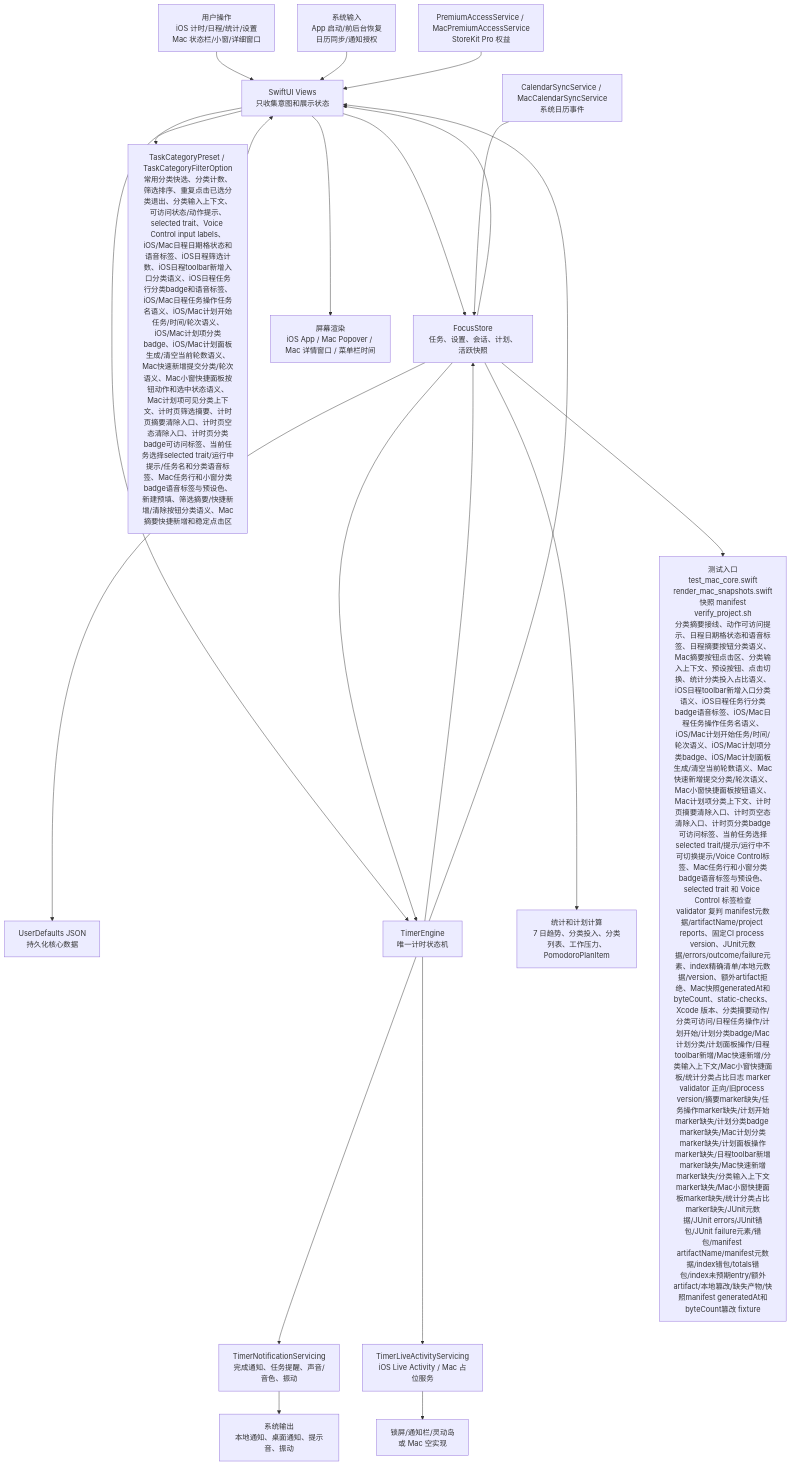
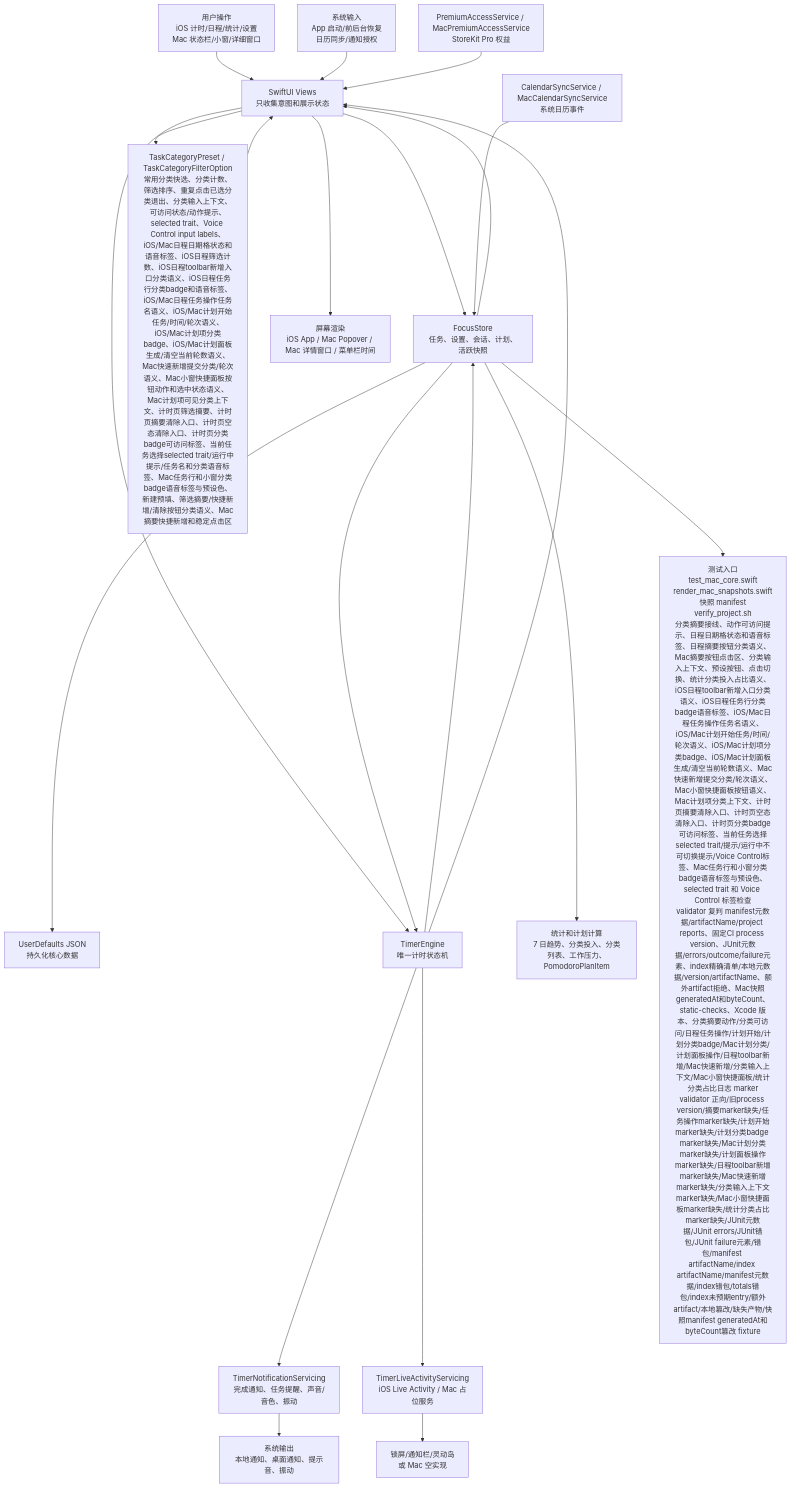
Before and after one commit to Altman-sam114/114: the first of 6 diagrams in md/flow/flowchart.md, drawn with Mermaid. The commit also changed other lines of this file and 8 other files, not shown here.

Commit message:
v0.74: 复判 artifact index 名称锚点

````diff
--- a/md/flow/flowchart.md
+++ b/md/flow/flowchart.md
@@ -9,23 +9,23 @@
 ```mermaid
 flowchart TD
   U["用户操作<br/>iOS 计时/日程/统计/设置<br/>Mac 状态栏/小窗/详细窗口"] --> V["SwiftUI Views<br/>只收集意图和展示状态"]
   SYS["系统输入<br/>App 启动/前后台恢复<br/>日历同步/通知授权"] --> V
   V --> S["FocusStore<br/>任务、设置、会话、计划、活跃快照"]
   V --> CAT["TaskCategoryPreset / TaskCategoryFilterOption<br/>常用分类快选、分类计数、筛选排序、重复点击已选分类退出、分类输入上下文、可访问状态/动作提示、selected trait、Voice Control input labels、iOS/Mac日程日期格状态和语音标签、iOS日程筛选计数、iOS日程toolbar新增入口分类语义、iOS日程任务行分类badge和语音标签、iOS/Mac日程任务操作任务名语义、iOS/Mac计划开始任务/时间/轮次语义、iOS/Mac计划项分类badge、iOS/Mac计划面板生成/清空当前轮数语义、Mac快速新增提交分类/轮次语义、Mac小窗快捷面板按钮动作和选中状态语义、Mac计划项可见分类上下文、计时页筛选摘要、计时页摘要清除入口、计时页空态清除入口、计时页分类badge可访问标签、当前任务选择selected trait/运行中提示/任务名和分类语音标签、Mac任务行和小窗分类badge语音标签与预设色、新建预填、筛选摘要/快捷新增/清除按钮分类语义、Mac摘要快捷新增和稳定点击区"]
   CAT --> V
   S --> P["UserDefaults JSON<br/>持久化核心数据"]
   V --> E["TimerEngine<br/>唯一计时状态机"]
   S --> E
   E --> S
   E --> N["TimerNotificationServicing<br/>完成通知、任务提醒、声音/音色、振动"]
   E --> L["TimerLiveActivityServicing<br/>iOS Live Activity / Mac 占位服务"]
   S --> C["统计和计划计算<br/>7 日趋势、分类投入、分类列表、工作压力、PomodoroPlanItem"]
   CAL["CalendarSyncService / MacCalendarSyncService<br/>系统日历事件"] --> S
   PRO["PremiumAccessService / MacPremiumAccessService<br/>StoreKit Pro 权益"] --> V
   S --> V
   E --> V
   V --> OUT["屏幕渲染<br/>iOS App / Mac Popover / Mac 详情窗口 / 菜单栏时间"]
   N --> OUT2["系统输出<br/>本地通知、桌面通知、提示音、振动"]
   L --> OUT3["锁屏/通知栏/灵动岛<br/>或 Mac 空实现"]
-  S --> T["测试入口<br/>test_mac_core.swift<br/>render_mac_snapshots.swift<br/>快照 manifest<br/>verify_project.sh<br/>分类摘要接线、动作可访问提示、日程日期格状态和语音标签、日程摘要按钮分类语义、Mac摘要按钮点击区、分类输入上下文、预设按钮、点击切换、统计分类投入占比语义、iOS日程toolbar新增入口分类语义、iOS日程任务行分类badge语音标签、iOS/Mac日程任务操作任务名语义、iOS/Mac计划开始任务/时间/轮次语义、iOS/Mac计划项分类badge、iOS/Mac计划面板生成/清空当前轮数语义、Mac快速新增提交分类/轮次语义、Mac小窗快捷面板按钮语义、Mac计划项分类上下文、计时页摘要清除入口、计时页空态清除入口、计时页分类badge可访问标签、当前任务选择selected trait/提示/运行中不可切换提示/Voice Control标签、Mac任务行和小窗分类badge语音标签与预设色、selected trait 和 Voice Control 标签检查<br/>validator 复判 manifest元数据/artifactName/project reports、固定CI process version、JUnit元数据/errors/outcome/failure元素、index精确清单/本地元数据/version、额外artifact拒绝、Mac快照generatedAt和byteCount、static-checks、Xcode 版本、分类摘要动作/分类可访问/日程任务操作/计划开始/计划分类badge/Mac计划分类/计划面板操作/日程toolbar新增/Mac快速新增/分类输入上下文/Mac小窗快捷面板/统计分类占比日志 marker<br/>validator 正向/旧process version/摘要marker缺失/任务操作marker缺失/计划开始marker缺失/计划分类badge marker缺失/Mac计划分类marker缺失/计划面板操作marker缺失/日程toolbar新增marker缺失/Mac快速新增marker缺失/分类输入上下文marker缺失/Mac小窗快捷面板marker缺失/统计分类占比marker缺失/JUnit元数据/JUnit errors/JUnit错包/JUnit failure元素/错包/manifest artifactName/manifest元数据/index错包/totals错包/index未预期entry/额外artifact/本地篡改/缺失产物/快照manifest generatedAt和byteCount篡改 fixture"]
+  S --> T["测试入口<br/>test_mac_core.swift<br/>render_mac_snapshots.swift<br/>快照 manifest<br/>verify_project.sh<br/>分类摘要接线、动作可访问提示、日程日期格状态和语音标签、日程摘要按钮分类语义、Mac摘要按钮点击区、分类输入上下文、预设按钮、点击切换、统计分类投入占比语义、iOS日程toolbar新增入口分类语义、iOS日程任务行分类badge语音标签、iOS/Mac日程任务操作任务名语义、iOS/Mac计划开始任务/时间/轮次语义、iOS/Mac计划项分类badge、iOS/Mac计划面板生成/清空当前轮数语义、Mac快速新增提交分类/轮次语义、Mac小窗快捷面板按钮语义、Mac计划项分类上下文、计时页摘要清除入口、计时页空态清除入口、计时页分类badge可访问标签、当前任务选择selected trait/提示/运行中不可切换提示/Voice Control标签、Mac任务行和小窗分类badge语音标签与预设色、selected trait 和 Voice Control 标签检查<br/>validator 复判 manifest元数据/artifactName/project reports、固定CI process version、JUnit元数据/errors/outcome/failure元素、index精确清单/本地元数据/version/artifactName、额外artifact拒绝、Mac快照generatedAt和byteCount、static-checks、Xcode 版本、分类摘要动作/分类可访问/日程任务操作/计划开始/计划分类badge/Mac计划分类/计划面板操作/日程toolbar新增/Mac快速新增/分类输入上下文/Mac小窗快捷面板/统计分类占比日志 marker<br/>validator 正向/旧process version/摘要marker缺失/任务操作marker缺失/计划开始marker缺失/计划分类badge marker缺失/Mac计划分类marker缺失/计划面板操作marker缺失/日程toolbar新增marker缺失/Mac快速新增marker缺失/分类输入上下文marker缺失/Mac小窗快捷面板marker缺失/统计分类占比marker缺失/JUnit元数据/JUnit errors/JUnit错包/JUnit failure元素/错包/manifest artifactName/index artifactName/manifest元数据/index错包/totals错包/index未预期entry/额外artifact/本地篡改/缺失产物/快照manifest generatedAt和byteCount篡改 fixture"]
 ```
````
